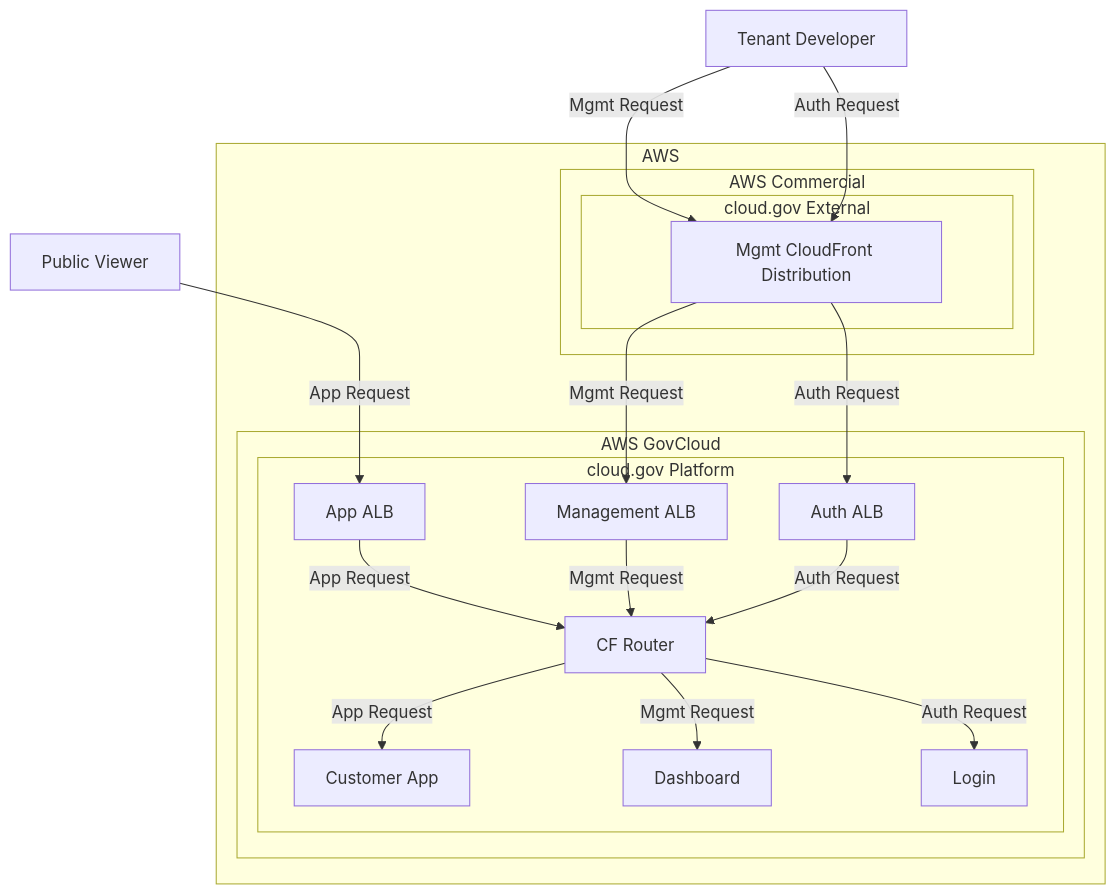
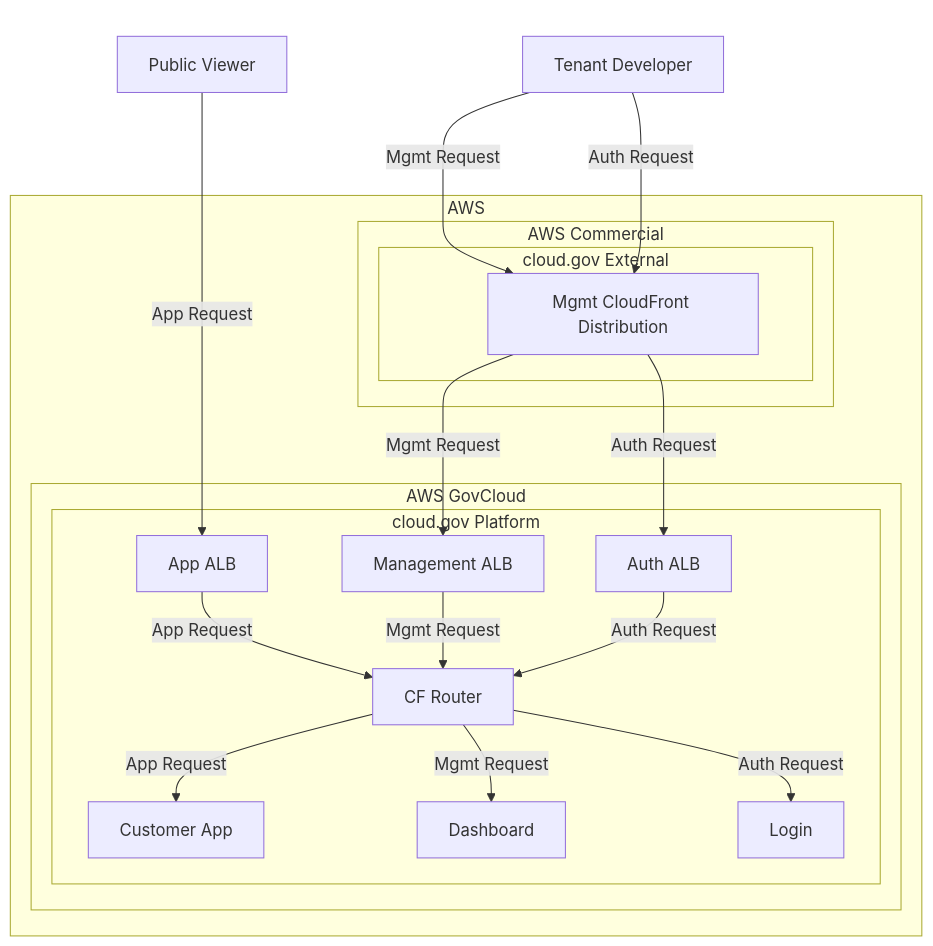
Before and after one commit to cloud-gov/product: the second of 5 diagrams in adr/ADR-0009-shield-advanced.md, drawn with Mermaid.

Commit message:
Visually group requests with blanks subgraph

````diff
--- a/adr/ADR-0009-shield-advanced.md
+++ b/adr/ADR-0009-shield-advanced.md
@@ -60,29 +60,32 @@
 ```mermaid
 graph TD
-    public[Public Viewer] -->|App Request| appALB
-    tenant[Tenant Developer] -->|Mgmt Request| mgmtCF
-    tenant[Tenant Developer] -->|Auth Request| mgmtCF
+    subgraph b["blank"]
+        style b fill:none,stroke:none,color:#fff
+        public[Public Viewer]
+        tenant[Tenant Developer]
+    end
 
     subgraph aws["AWS"]
         subgraph commercial["AWS Commercial"]
             subgraph external["cloud.gov External"]
-                mgmtCF[Mgmt CloudFront Distribution]
-                mgmtCF[Mgmt CloudFront Distribution]
+                tenant[Tenant Developer] -->|Mgmt Request| mgmtCF[Mgmt CloudFront Distribution]
+                tenant[Tenant Developer] -->|Auth Request| mgmtCF[Mgmt CloudFront Distribution]
             end
         end
         subgraph govcloud["AWS GovCloud"]
             subgraph platform["cloud.gov Platform"]
+                public[Public Viewer] -->|App Request| appALB
                 mgmtCF -->|Mgmt Request| mgmtALB
                 mgmtCF -->|Auth Request| authALB
 
                 appALB[App ALB] -->|App Request| router[CF Router]
                 mgmtALB[Management ALB] -->|Mgmt Request| router
                 authALB[Auth ALB] -->|Auth Request| router
 
                 router -->|App Request| app[Customer App]
                 router -->|Mgmt Request| dashboard[Dashboard]
                 router -->|Auth Request| login[Login]
             end
         end
     end
 ```
````
